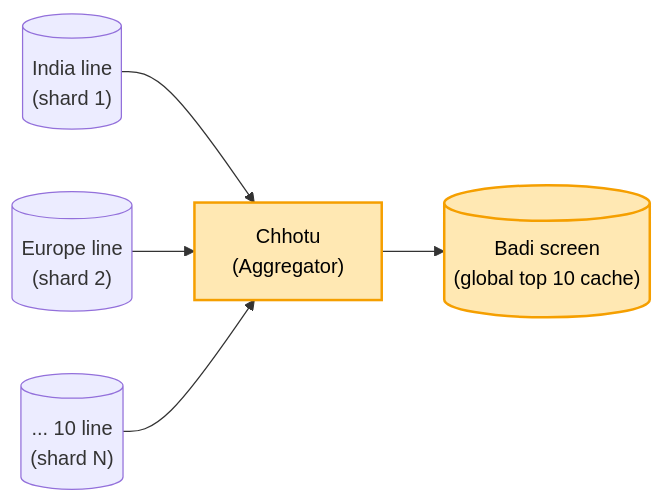
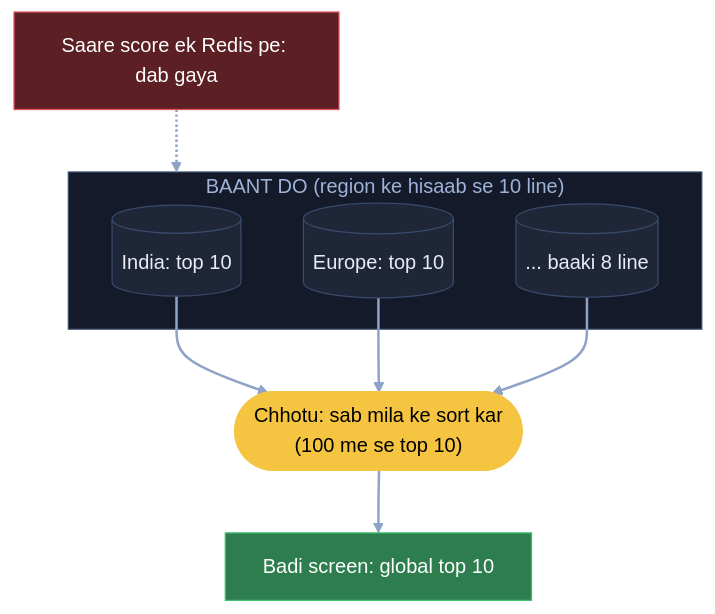
Before and after one commit to ArpanMaheshwari144/Prep: the second of 5 diagrams in 04_HLD/SYSTEM_DESIGNS/16_leaderboard/16_leaderboard.md, drawn with Mermaid. The commit also changed other lines of this file, not shown here.

Commit message:
Leaderboard: 5 diagram hand notes ke shabdon se

````diff
--- a/04_HLD/SYSTEM_DESIGNS/16_leaderboard/16_leaderboard.md
+++ b/04_HLD/SYSTEM_DESIGNS/16_leaderboard/16_leaderboard.md
@@ -66,9 +80,22 @@
 ```mermaid
-flowchart LR
-    I[("India line<br/>(shard 1)")] --> A["Chhotu<br/>(Aggregator)"]
-    E[("Europe line<br/>(shard 2)")] --> A
-    X[("... 10 line<br/>(shard N)")] --> A
-    A --> S[("Badi screen<br/>(global top 10 cache)")]
-    style A fill:#ffe8b3,stroke:#f59f00,stroke-width:2px,color:#000
-    style S fill:#ffe8b3,stroke:#f59f00,stroke-width:2px,color:#000
+flowchart TB
+    X["Saare score ek Redis pe: dab gaya"]:::bad
+    subgraph BD["BAANT DO (region ke hisaab se 10 line)"]
+        I[("India: top 10")]:::card
+        E[("Europe: top 10")]:::card
+        N[("... baaki 8 line")]:::card
+    end
+    C(["Chhotu: sab mila ke sort kar<br/>(100 me se top 10)"]):::pill
+    B["Badi screen: global top 10"]:::good
+    X -.-> BD
+    I --> C
+    E --> C
+    N --> C
+    C --> B
+    linkStyle default stroke:#8fa3c7,stroke-width:2px
+    classDef card fill:#1e2638,stroke:#3a4a6b,color:#e8ecf5
+    classDef pill fill:#f5c542,stroke:#f5c542,color:#000
+    classDef good fill:#2e7d4f,stroke:#3fbf6f,color:#fff
+    classDef bad fill:#5c1f24,stroke:#e05561,color:#fff
+    style BD fill:#141a29,stroke:#3a4a6b,color:#9fb3d9
 ```
````
